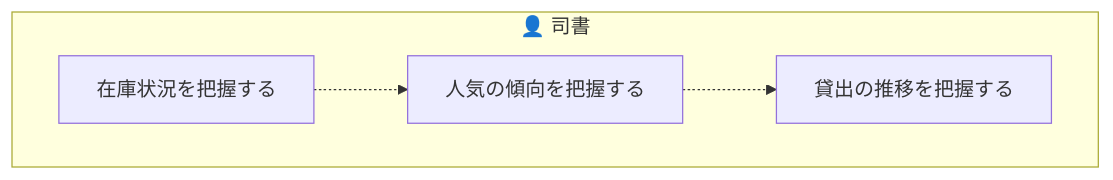
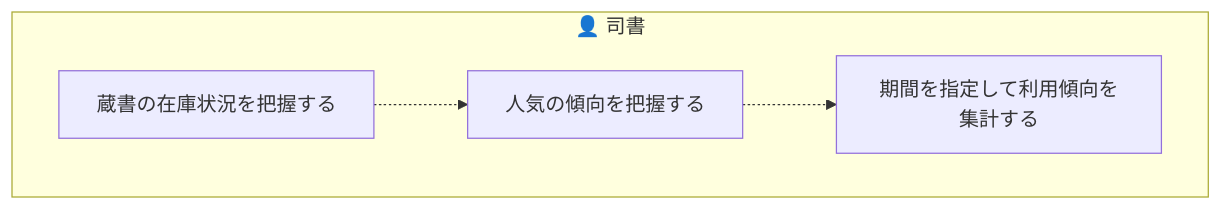
The ninth of 9 diagrams in samples/distillery2/library-loan/docs/requirements/rdra/views/03_業務フロー.md (suwa-sh/suwa-sh-claude-plugins), drawn with Mermaid before and after one commit. The commit also changed other lines of this file and 249 other files, not shown here.

````diff
--- a/samples/distillery2/library-loan/docs/requirements/rdra/views/03_業務フロー.md
+++ b/samples/distillery2/library-loan/docs/requirements/rdra/views/03_業務フロー.md
@@ -193,10 +206,10 @@
 ```mermaid
 graph TD
   subgraph LN1["👤 司書"]
-    AT1["在庫状況を把握する"]
+    AT1["蔵書の在庫状況を把握する"]
     AT2["人気の傾向を把握する"]
-    AT3["貸出の推移を把握する"]
+    AT3["期間を指定して利用傾向を集計する"]
   end
   AT1 -.-> AT2
   AT2 -.-> AT3
 ```
````
